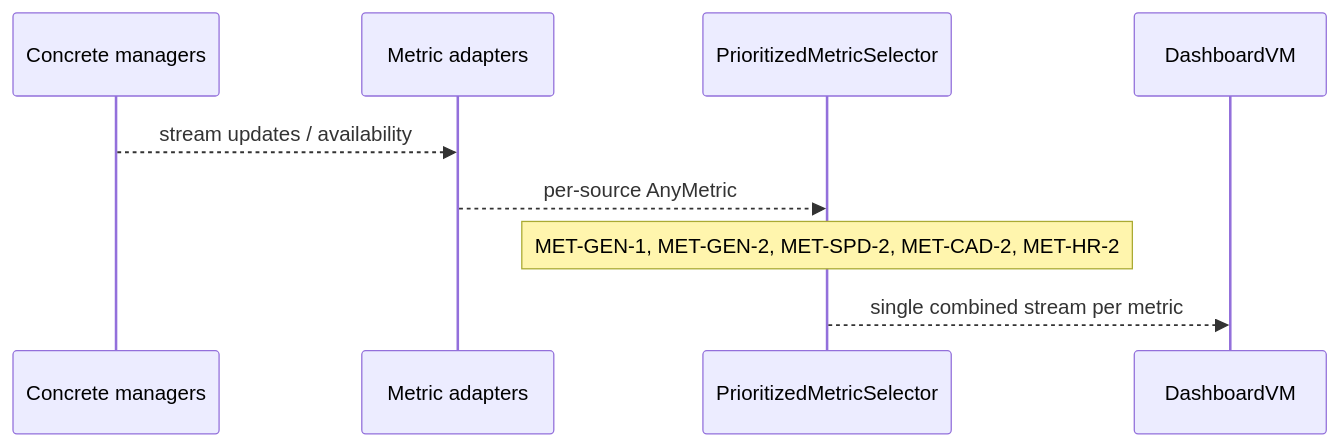
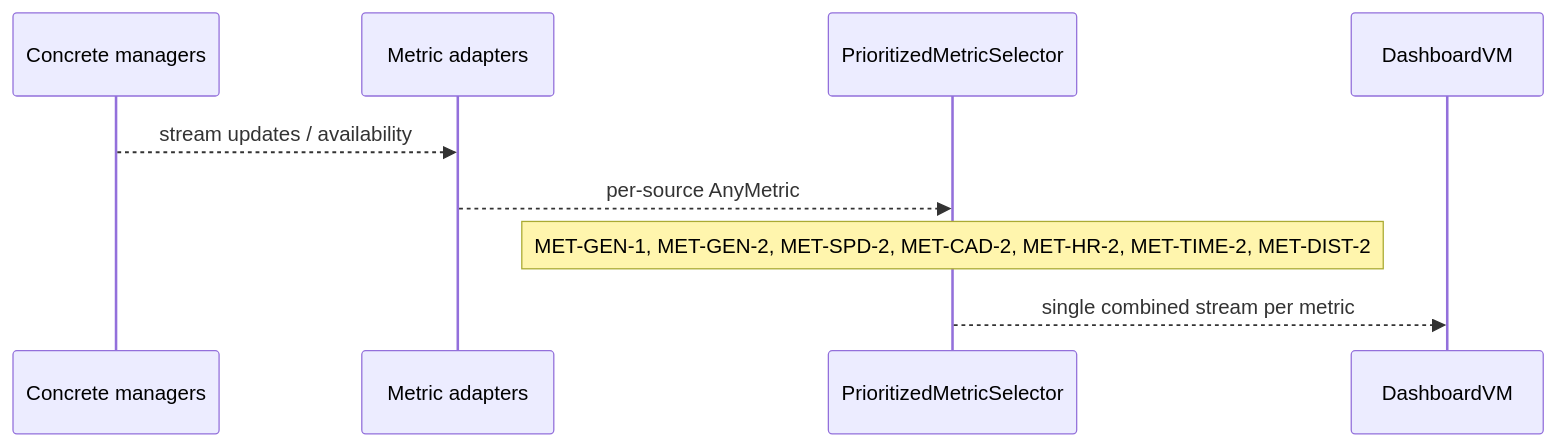
One commit to tonytallman/Biker changed the third of 3 diagrams in docs/architecture/Sensors.md. Above: the diagram before and after it, drawn with Mermaid. The commit also changed other lines of this file and 13 other files, not shown here.

````diff
--- a/docs/architecture/Sensors.md
+++ b/docs/architecture/Sensors.md
@@ -111,11 +113,11 @@
 ```mermaid
 sequenceDiagram
     participant Mgr as Concrete managers
     participant Adapters as Metric adapters
     participant Sel as PrioritizedMetricSelector
     participant Dash as DashboardVM
     Mgr-->>Adapters: stream updates / availability
     Adapters-->>Sel: per-source AnyMetric
-    Note over Sel: MET-GEN-1, MET-GEN-2, MET-SPD-2, MET-CAD-2, MET-HR-2
+    Note over Sel: MET-GEN-1, MET-GEN-2, MET-SPD-2, MET-CAD-2, MET-HR-2, MET-TIME-2, MET-DIST-2
     Sel-->>Dash: single combined stream per metric
 ```
````
